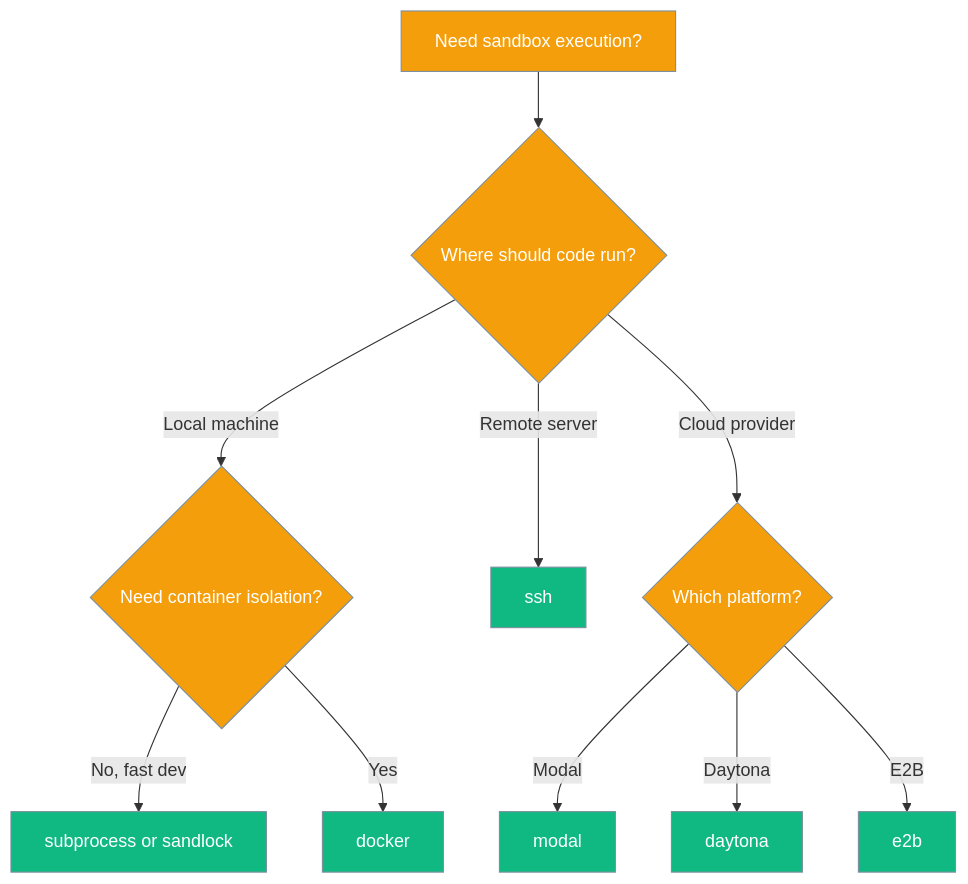
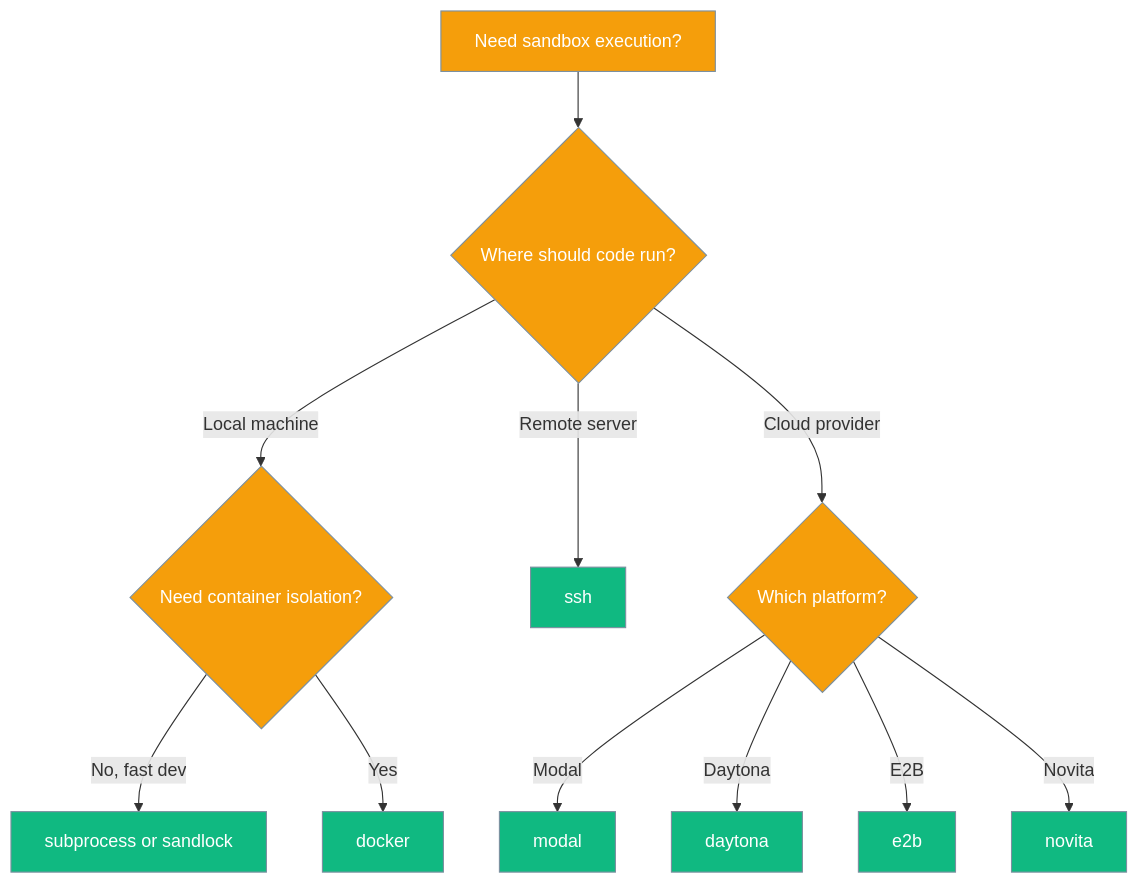
The fifth of 6 diagrams in docs/features/sandbox-backends.mdx (MervinPraison/PraisonAIDocs), drawn with Mermaid before and after one commit. The commit also changed other lines of this file and 9 other files, not shown here.

````diff
--- a/docs/features/sandbox-backends.mdx
+++ b/docs/features/sandbox-backends.mdx
@@ -376,18 +401,19 @@
 ```mermaid
 graph TB
     A[Need sandbox execution?] --> B{Where should code run?}
     B -->|Local machine| C{Need container isolation?}
     B -->|Remote server| D[ssh]
     B -->|Cloud provider| E{Which platform?}
     C -->|No, fast dev| F[subprocess or sandlock]
     C -->|Yes| G[docker]
     E -->|Modal| H[modal]
     E -->|Daytona| I[daytona]
     E -->|E2B| J[e2b]
+    E -->|Novita| K[novita]
 
     classDef decision fill:#F59E0B,stroke:#7C90A0,color:#fff
     classDef choice fill:#10B981,stroke:#7C90A0,color:#fff
 
     class A,B,C,E decision
-    class D,F,G,H,I,J choice
+    class D,F,G,H,I,J,K choice
 ```
````
